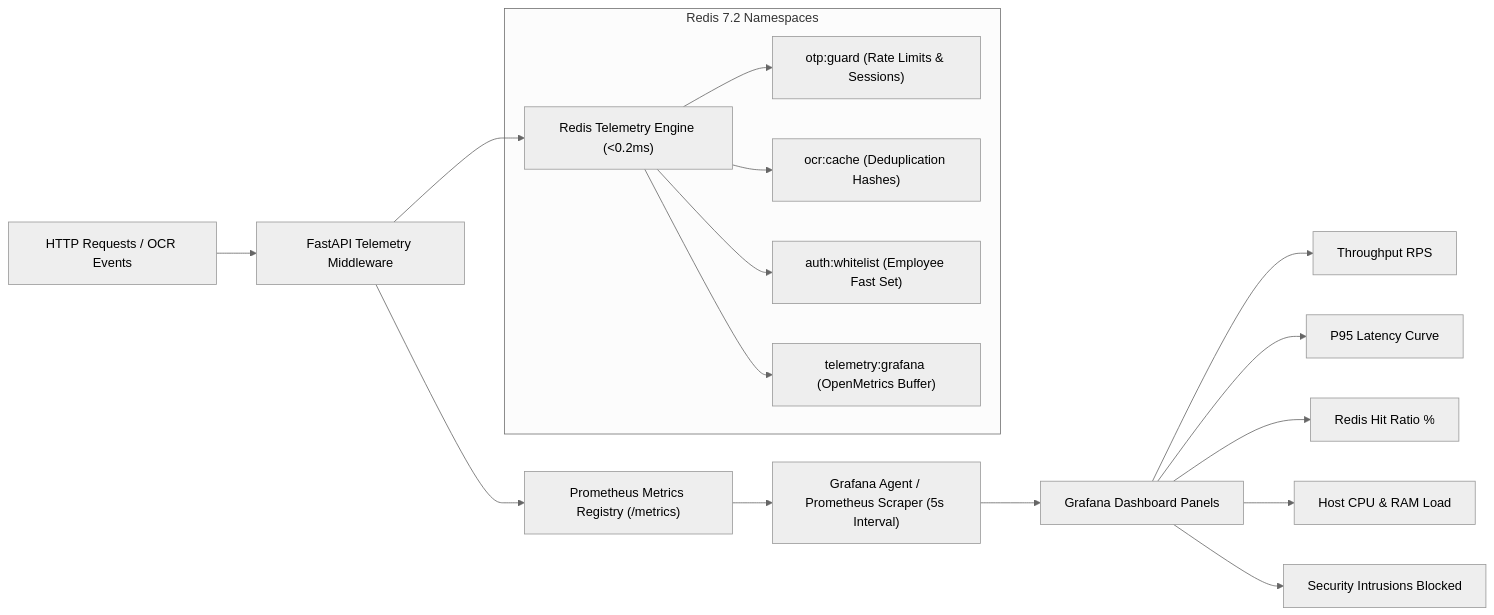
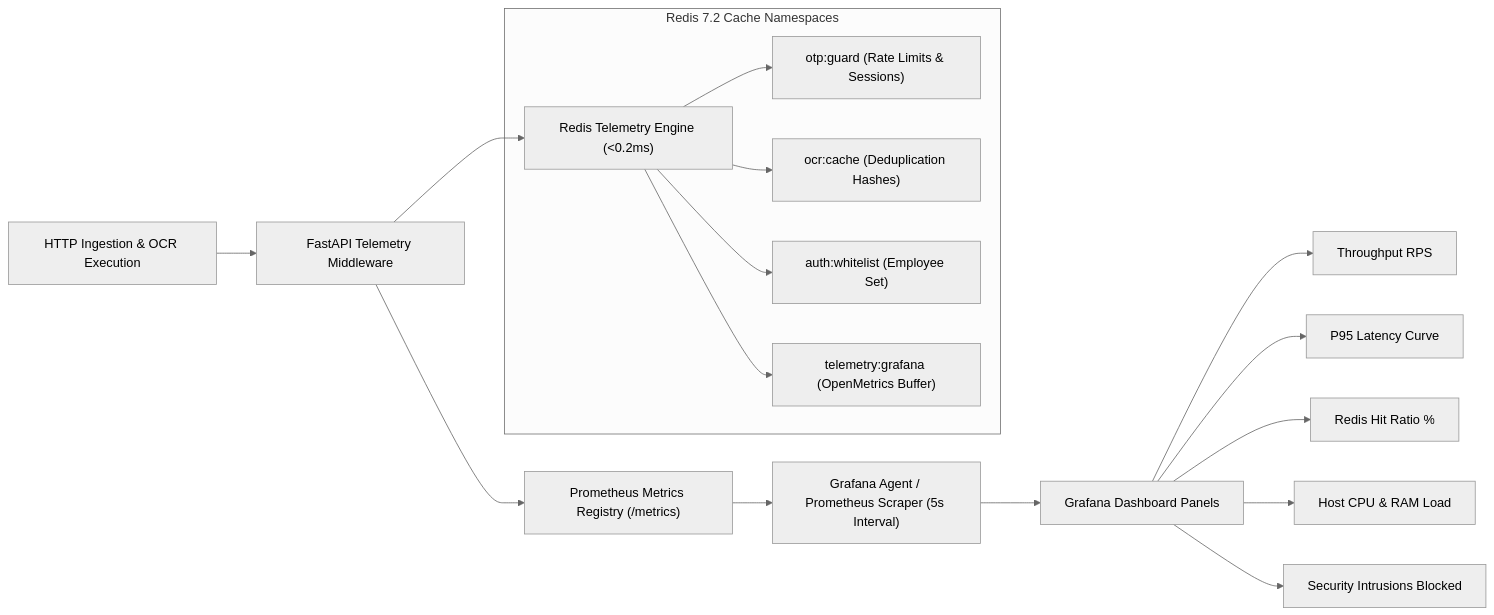
The third of 3 diagrams in README.md (Sifatkhan-1915020/CGO-V1.0), drawn with Mermaid (neutral theme) before and after one commit. The commit also changed other lines of this file and 19 other files, not shown here.

Commit message:
docs: interactive HTML README with 8-section UI gallery, invoice workflows, and architecture

````diff
--- a/README.md
+++ b/README.md
@@ -167,21 +201,21 @@
 ```mermaid
 flowchart LR
-    A["HTTP Requests / OCR Events"] --> B["FastAPI Telemetry Middleware"]
+    A["HTTP Ingestion & OCR Execution"] --> B["FastAPI Telemetry Middleware"]
     B --> C["Prometheus Metrics Registry (/metrics)"]
     B --> D["Redis Telemetry Engine (<0.2ms)"]
     
-    subgraph "Redis 7.2 Namespaces"
+    subgraph "Redis 7.2 Cache Namespaces"
         D --> E["otp:guard (Rate Limits & Sessions)"]
         D --> F["ocr:cache (Deduplication Hashes)"]
-        D --> G["auth:whitelist (Employee Fast Set)"]
+        D --> G["auth:whitelist (Employee Set)"]
         D --> H["telemetry:grafana (OpenMetrics Buffer)"]
     end
     
     C --> I["Grafana Agent / Prometheus Scraper (5s Interval)"]
     I --> J["Grafana Dashboard Panels"]
     J --> K["Throughput RPS"]
     J --> L["P95 Latency Curve"]
     J --> M["Redis Hit Ratio %"]
     J --> N["Host CPU & RAM Load"]
     J --> O["Security Intrusions Blocked"]
 ```
````
